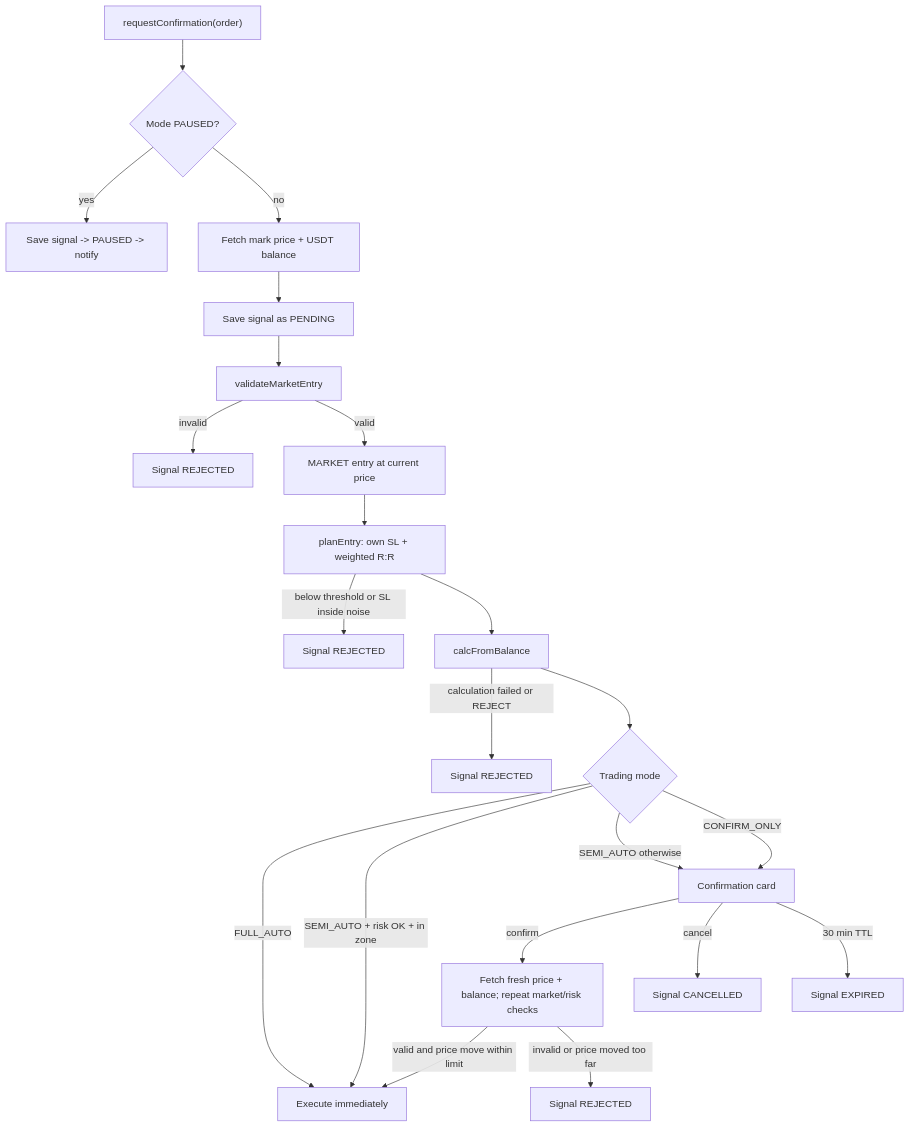
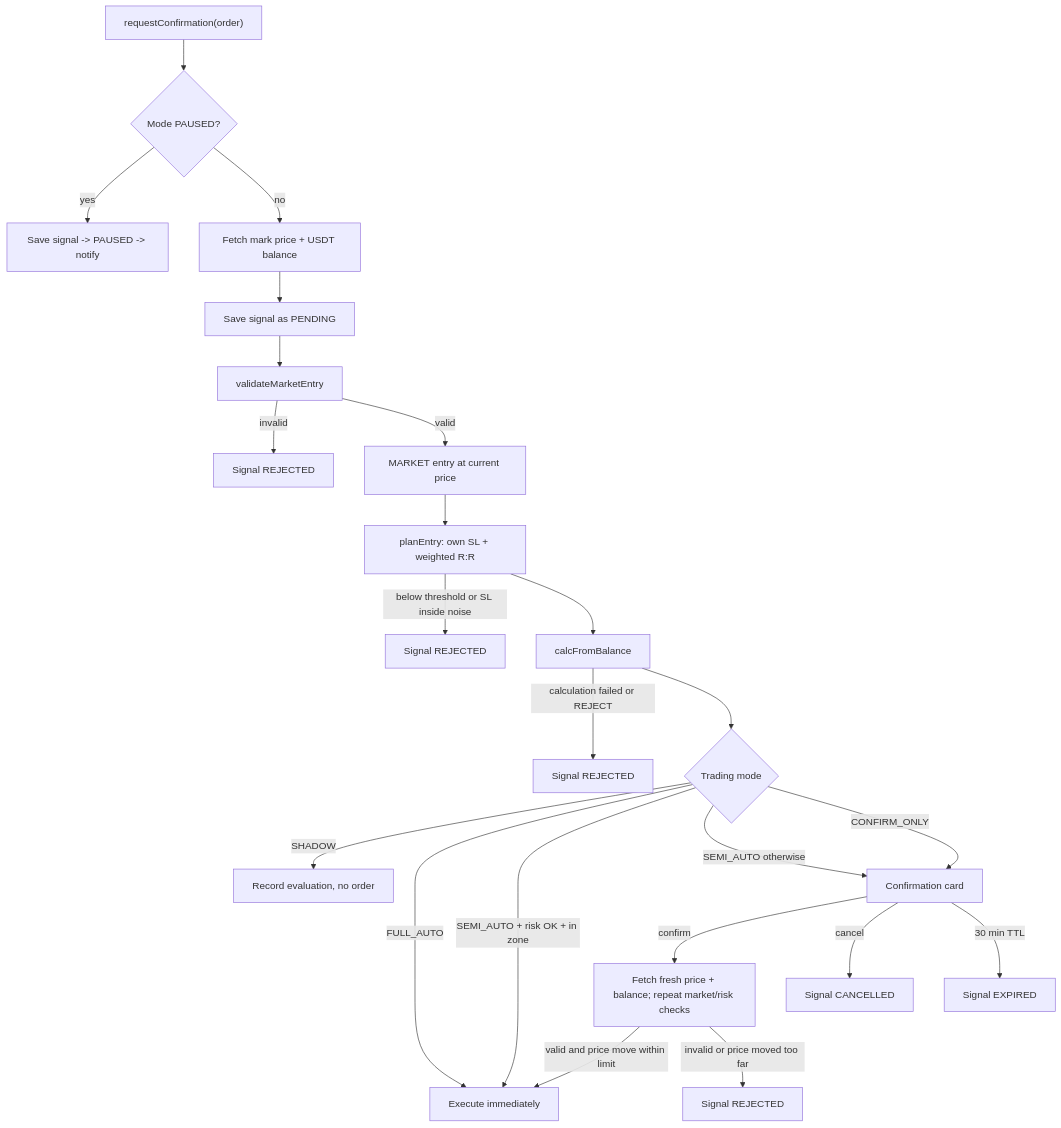
One commit to SamuiRo/EADrift changed the second of 3 diagrams in docs/FLOWS.md. Above: the diagram before and after it, drawn with Mermaid. The commit also changed 12 other files, not shown here.

````diff
--- a/docs/FLOWS.md
+++ b/docs/FLOWS.md
@@ -52,24 +52,25 @@
 ```mermaid
 flowchart TD
     A["requestConfirmation(order)"] --> B{"Mode PAUSED?"}
     B -->|yes| BP["Save signal -> PAUSED -> notify"]
     B -->|no| C["Fetch mark price + USDT balance"]
     C --> D["Save signal as PENDING"]
     D --> E["validateMarketEntry"]
     E -->|invalid| R1["Signal REJECTED"]
     E -->|valid| M["MARKET entry at current price"]
     M --> P["planEntry: own SL + weighted R:R"]
     P -->|below threshold or SL inside noise| R4["Signal REJECTED"]
     P --> G["calcFromBalance"]
     G -->|calculation failed or REJECT| R2["Signal REJECTED"]
     G --> H{"Trading mode"}
+    H -->|SHADOW| SH["Record evaluation, no order"]
     H -->|FULL_AUTO| X["Execute immediately"]
     H -->|"SEMI_AUTO + risk OK + in zone"| X
     H -->|SEMI_AUTO otherwise| K["Confirmation card"]
     H -->|CONFIRM_ONLY| K
     K -->|confirm| Q["Fetch fresh price + balance; repeat market/risk checks"]
     Q -->|valid and price move within limit| X
     Q -->|invalid or price moved too far| R3["Signal REJECTED"]
     K -->|cancel| C1["Signal CANCELLED"]
     K -->|30 min TTL| E1["Signal EXPIRED"]
 ```
````
